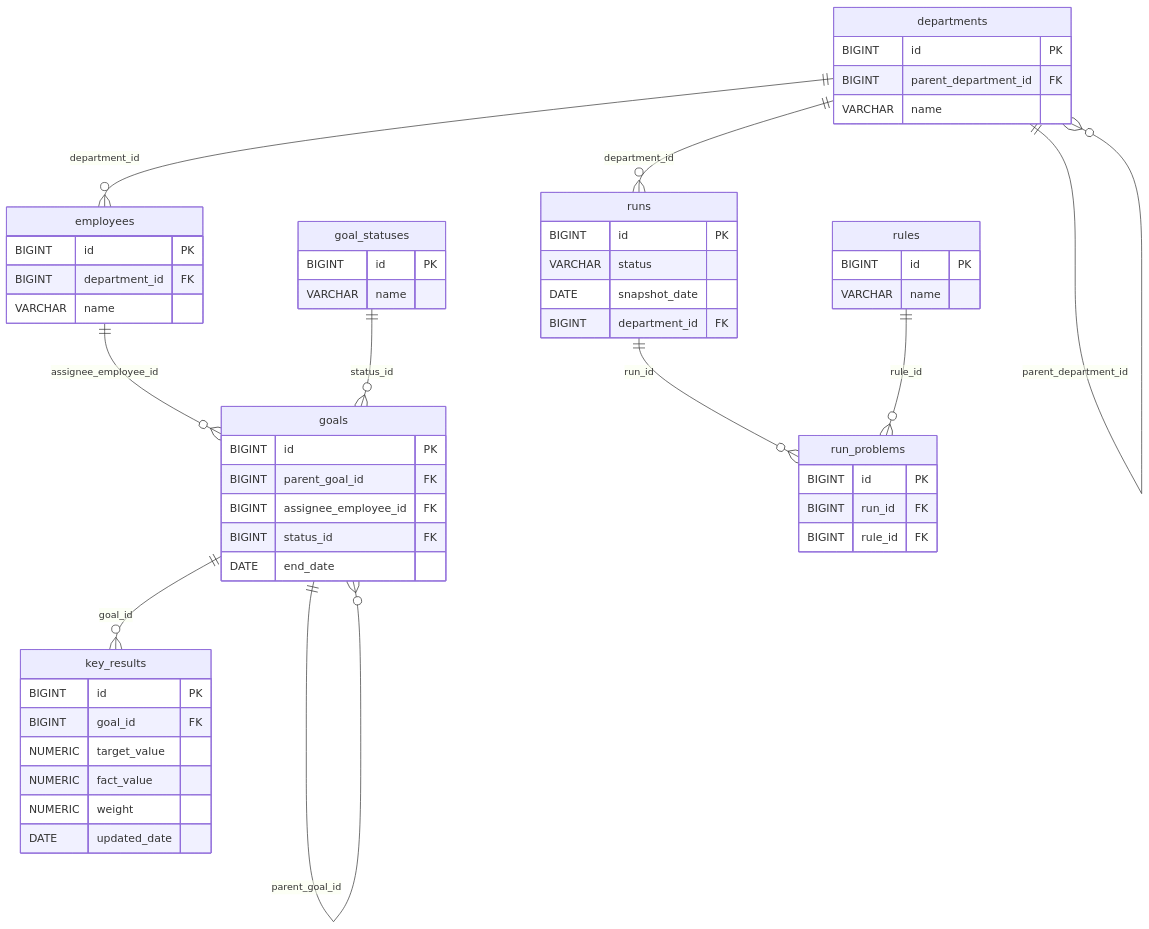
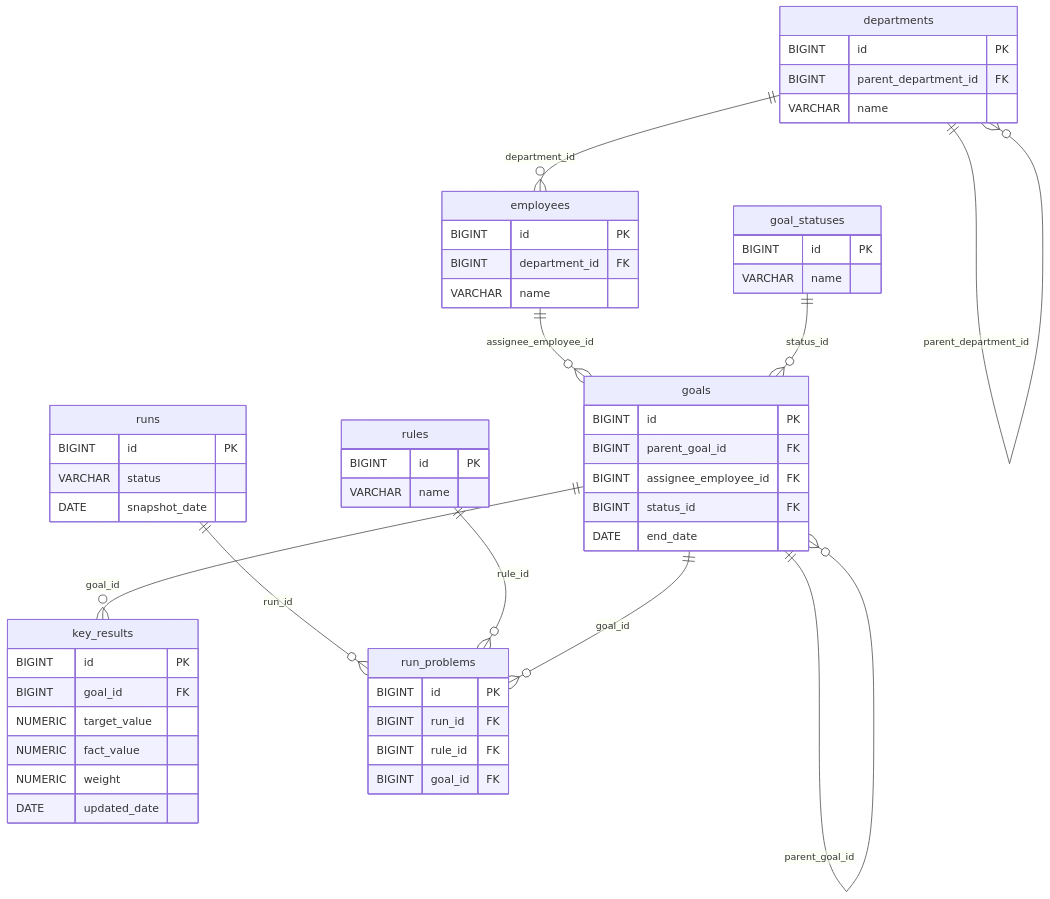
Before and after one commit to pilyaeva/test-task-goals-kkd-service: the diagram in specs/design.md, drawn with Mermaid. The commit also changed other lines of this file and 1 other file, not shown here.

````diff
--- a/specs/design.md
+++ b/specs/design.md
@@ -25,57 +25,57 @@
 ```mermaid
 erDiagram
     departments ||--o{ departments : "parent_department_id"
-    departments ||--o{ runs : "department_id"
     departments ||--o{ employees : "department_id"
     employees ||--o{ goals : "assignee_employee_id"
     goal_statuses ||--o{ goals : "status_id"
     goals ||--o{ goals : "parent_goal_id"
     goals ||--o{ key_results : "goal_id"
     runs ||--o{ run_problems : "run_id"
     rules ||--o{ run_problems : "rule_id"
+    goals ||--o{ run_problems : "goal_id"
 
     departments {
         BIGINT id PK
         BIGINT parent_department_id FK
         VARCHAR name
     }
     employees {
         BIGINT id PK
         BIGINT department_id FK
         VARCHAR name
     }
     goal_statuses {
         BIGINT id PK
         VARCHAR name
     }
     goals {
         BIGINT id PK
         BIGINT parent_goal_id FK
         BIGINT assignee_employee_id FK
         BIGINT status_id FK
         DATE end_date
     }
     key_results {
         BIGINT id PK
         BIGINT goal_id FK
         NUMERIC target_value
         NUMERIC fact_value
         NUMERIC weight
         DATE updated_date
     }
     rules {
         BIGINT id PK
         VARCHAR name
     }
     runs {
         BIGINT id PK
         VARCHAR status
         DATE snapshot_date
-        BIGINT department_id FK
     }
     run_problems {
         BIGINT id PK
         BIGINT run_id FK
         BIGINT rule_id FK
+        BIGINT goal_id FK
     }
 ```
````
